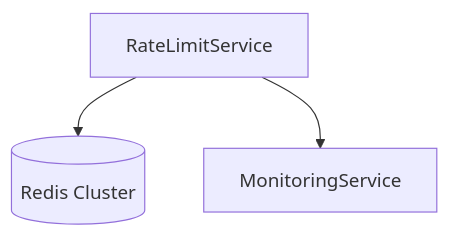
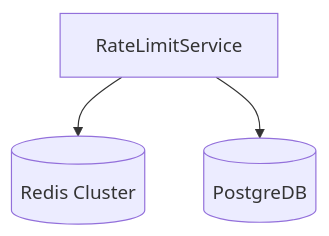
The second of 2 diagrams in design-docs/services/RateLimitService.md (surajs1n/central-notification-system), drawn with Mermaid before and after one commit. The commit also changed other lines of this file and 6 other files, not shown here.

````diff
--- a/design-docs/services/RateLimitService.md
+++ b/design-docs/services/RateLimitService.md
@@ -91,5 +88,5 @@
 ```mermaid
 graph TD
     RateLimitService --> RedisCluster[(Redis Cluster)]
-    RateLimitService --> MonitoringService
+    RateLimitService --> PostgresDB[(PostgreDB)]
 ```
````
